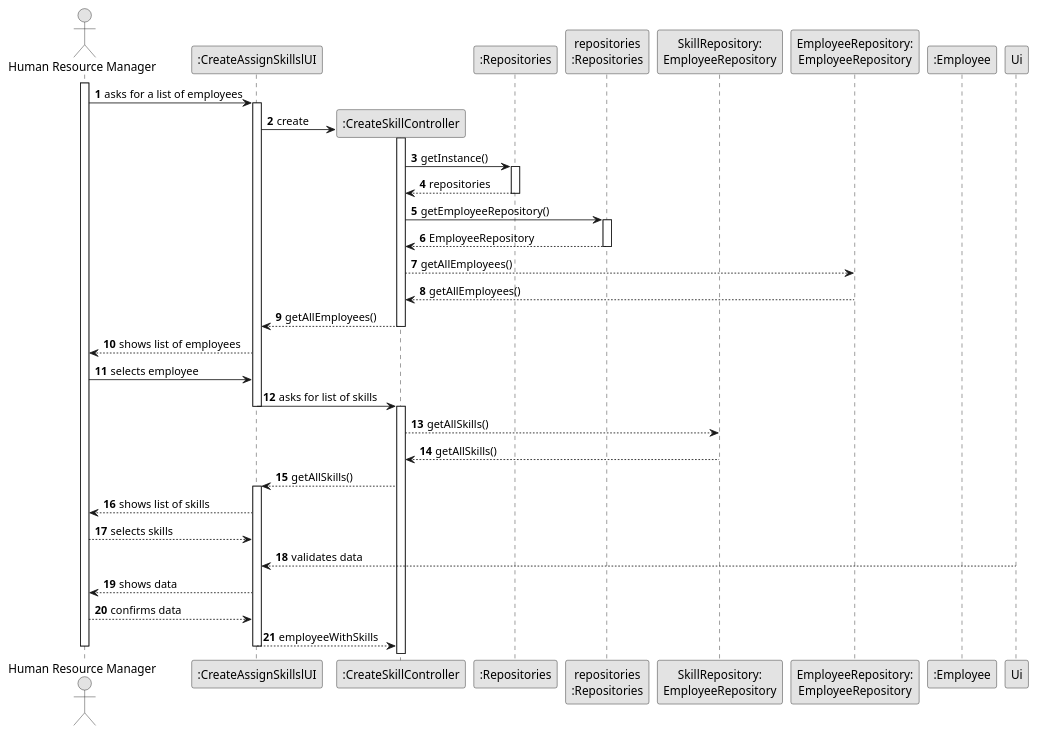
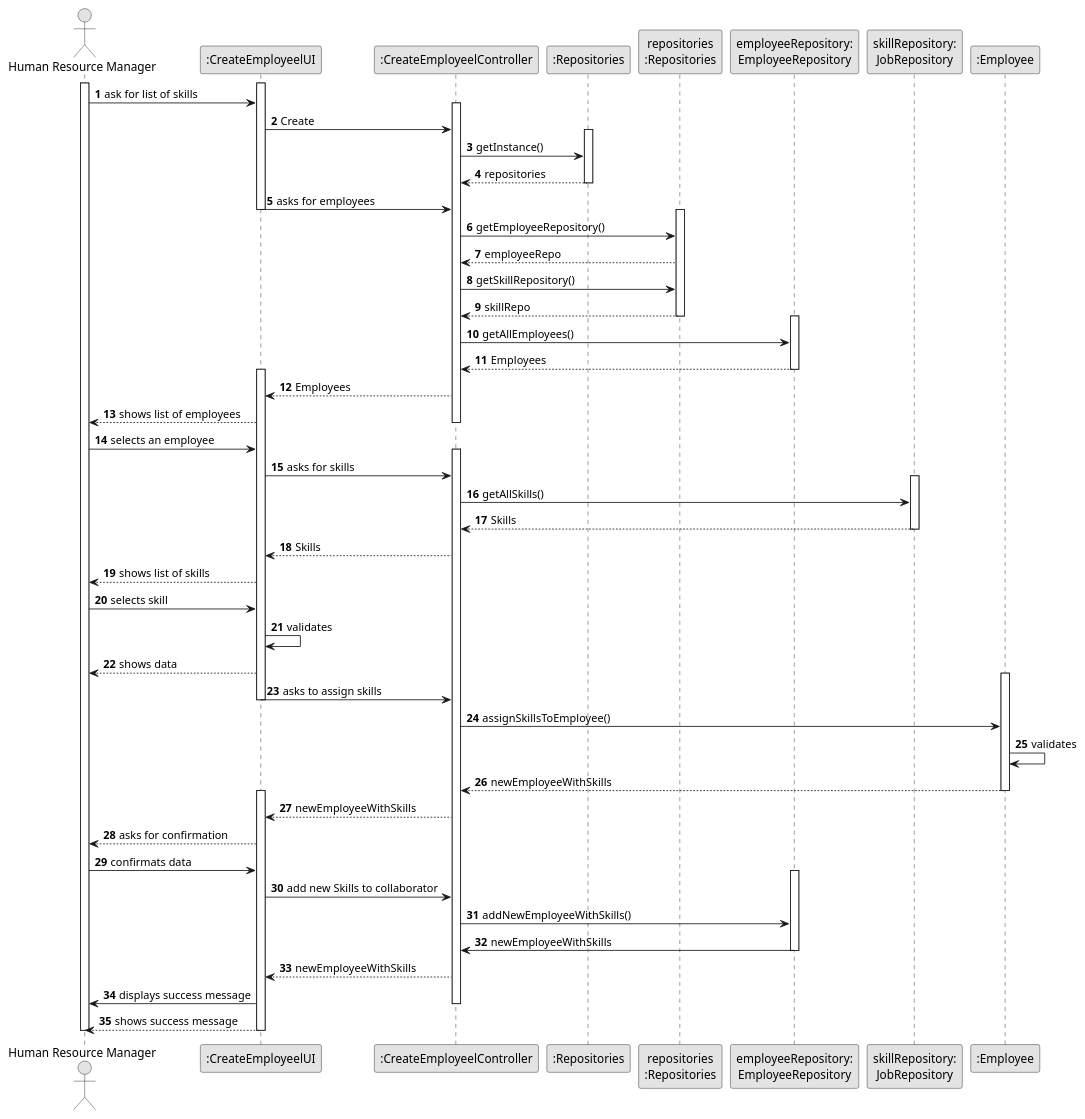
The diagram in docs/sprintB/us04/03.design/puml/us006-sequence-diagram-full.puml (Paulo-Pereira-at-ISEP/lei-24-s2-1nanb-g321), drawn with PlantUML before and after one commit. The commit also changed 5 other files, not shown here.

```diff
--- a/docs/sprintB/us04/03.design/puml/us006-sequence-diagram-full.puml
+++ b/docs/sprintB/us04/03.design/puml/us006-sequence-diagram-full.puml
@@ -1,92 +1,97 @@
 @startuml
 skinparam monochrome true
 skinparam packageStyle rectangle
 skinparam shadowing false
 
 autonumber
 
 'hide footbox
 
 actor "Human Resource Manager" as HRM
-participant ":CreateAssignSkillslUI" as UI
-participant ":CreateSkillController" as controller
+participant ":CreateEmployeelUI" as UI
+participant ":CreateEmployeelController" as controller
 participant ":Repositories" as singleton
+participant "repositories\n:Repositories" as rep
+participant "employeeRepository:\nEmployeeRepository" as employeeRep
+participant "skillRepository:\nJobRepository" as SkillRep
+participant ":Employee" as Employee
+
+
+activate HRM
+activate UI
+        HRM -> UI : ask for list of skills
+
+        activate controller
+
+        UI -> controller : Create
+        activate singleton
+        controller -> singleton :getInstance()
+        singleton --> controller : repositories
+        deactivate singleton
+        UI -> controller :asks for employees
+deactivate UI
+        activate rep
+        controller -> rep : getEmployeeRepository()
+        rep --> controller : employeeRepo
+        controller -> rep :getSkillRepository()
+        rep --> controller : skillRepo
+        deactivate rep
+        activate employeeRep
+
+        controller -> employeeRep : getAllEmployees()
+        employeeRep --> controller : Employees
+        deactivate employeeRep
+activate UI
+
+
+        controller --> UI: Employees
+        UI --> HRM : shows list of employees
+        deactivate controller
+
+        HRM -> UI: selects an employee
+        activate controller
+
+        UI -> controller : asks for skills
+        activate SkillRep
+        controller -> SkillRep : getAllSkills()
+        SkillRep --> controller : Skills
+        deactivate SkillRep
+        controller --> UI : Skills
+        UI --> HRM : shows list of skills
+        HRM -> UI : selects skill
+        UI -> UI : validates
+        UI --> HRM : shows data
 
 
 
-participant "repositories\n:Repositories" as rep
 
-
-participant "SkillRepository:\nEmployeeRepository" as skillRep
-participant "EmployeeRepository:\nEmployeeRepository" as employeeRep
-participant ":Employee" as Employee
-
-activate HRM
-
-        HRM -> UI : asks for a list of employees
-
-        activate UI
-            'create CTRL
-            UI -> controller** : create
-
-            activate controller
-
-                  controller -> singleton : getInstance()
-
-                activate singleton
-
-                    singleton --> controller : repositories
-
-                deactivate singleton
-
-                controller -> rep : getEmployeeRepository()
-
-                activate rep
-
-                    rep --> controller : EmployeeRepository
-
-                deactivate rep
-                    controller --> employeeRep : getAllEmployees()
-                    employeeRep --> controller : getAllEmployees()
-                    controller --> UI: getAllEmployees()
-
-
-            deactivate controller
-
-
-            'requests the HRM to input data
-            UI --> HRM : shows list of employees
-
-
-        HRM -> UI : selects employee
+        activate Employee
+        UI -> controller : asks to assign skills
+          deactivate UI
+        controller -> Employee : assignSkillsToEmployee()
+        Employee -> Employee : validates
+        Employee --> controller : newEmployeeWithSkills
+        deactivate Employee
+activate UI
+        controller --> UI : newEmployeeWithSkills
+        UI --> HRM : asks for confirmation
+        HRM -> UI : confirmats data
+        activate employeeRep
+        UI -> controller : add new Skills to collaborator
+        controller -> employeeRep : addNewEmployeeWithSkills()
+        employeeRep -> controller: newEmployeeWithSkills
+        deactivate employeeRep
+        controller --> UI : newEmployeeWithSkills
+        UI -> HRM : displays success message
+        deactivate controller
+        UI --> HRM : shows success message
+         deactivate UI
 
 
 
-            UI -> controller : asks for list of skills
 
-           deactivate UI
-            activate controller
-
-            controller --> skillRep : getAllSkills()
-            skillRep --> controller : getAllSkills()
-            controller --> UI : getAllSkills()
-            activate UI
-
-            UI --> HRM : shows list of skills
-
-
-            HRM --> UI : selects skills
-
-            Ui --> UI : validates data
-
-           UI --> HRM : shows data
-
-           HRM --> UI :confirms data
-
-           UI --> controller : employeeWithSkills
-deactivate UI
 
 
 deactivate HRM
 
 @enduml
```
